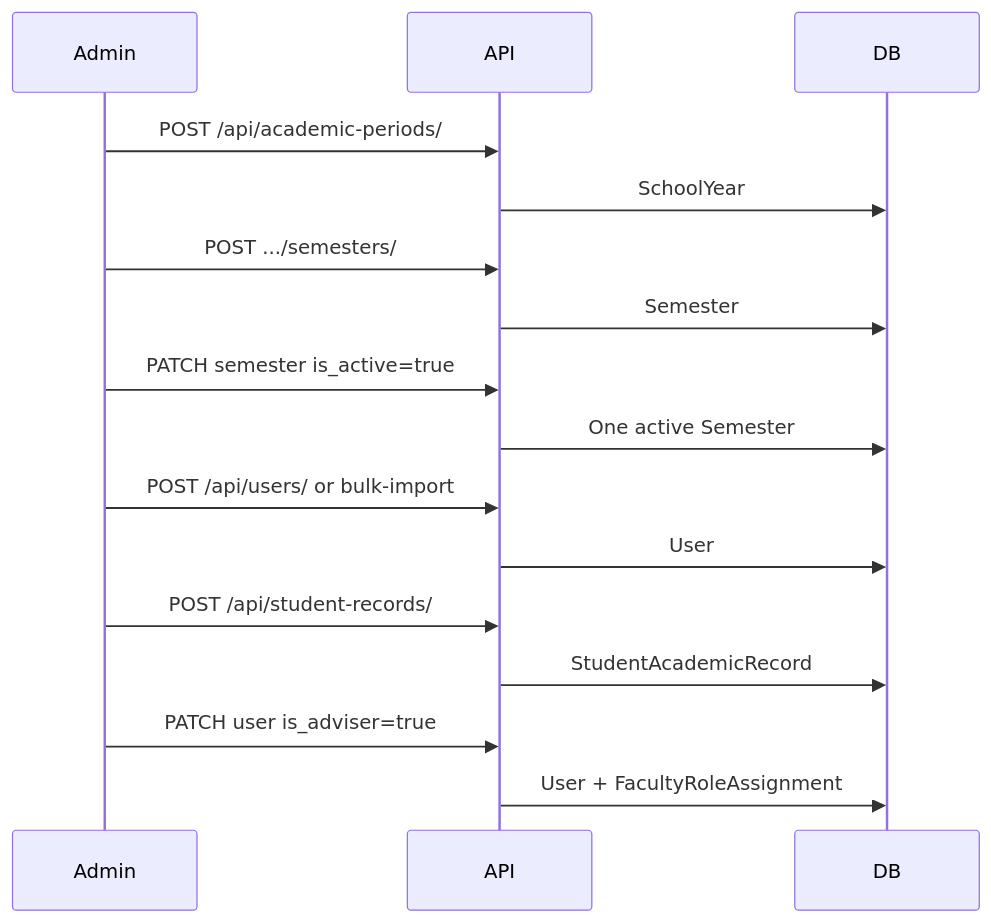
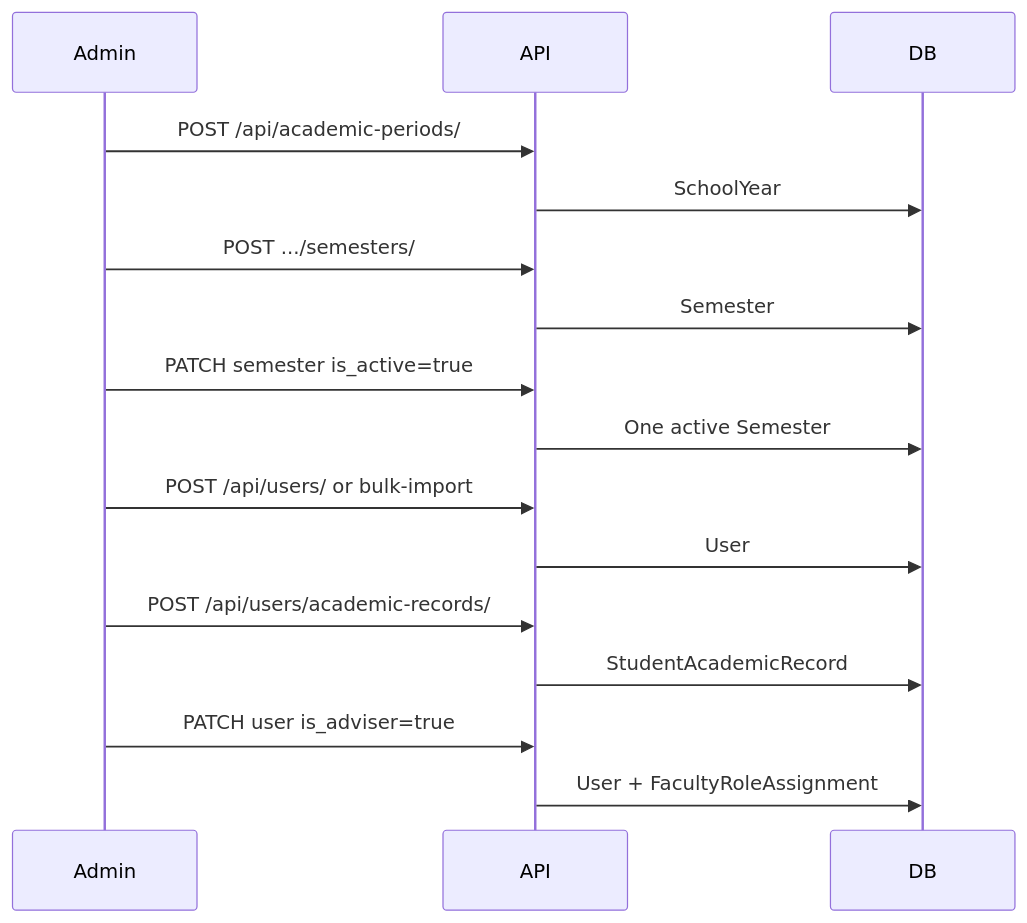
The third of 5 diagrams in docs/DEFENSYS_REAL_SYSTEM_FLOW.md (orgsite83-sketch/DefenSYS), drawn with Mermaid before and after one commit. The commit also changed other lines of this file and 234 other files, not shown here.

````diff
--- a/docs/DEFENSYS_REAL_SYSTEM_FLOW.md
+++ b/docs/DEFENSYS_REAL_SYSTEM_FLOW.md
@@ -506,19 +521,19 @@
 ```mermaid
 sequenceDiagram
   participant Admin
   participant API
   participant DB
 
   Admin->>API: POST /api/academic-periods/
   API->>DB: SchoolYear
   Admin->>API: POST .../semesters/
   API->>DB: Semester
   Admin->>API: PATCH semester is_active=true
   API->>DB: One active Semester
   Admin->>API: POST /api/users/ or bulk-import
   API->>DB: User
-  Admin->>API: POST /api/student-records/
+  Admin->>API: POST /api/users/academic-records/
   API->>DB: StudentAcademicRecord
   Admin->>API: PATCH user is_adviser=true
   API->>DB: User + FacultyRoleAssignment
 ```
````
